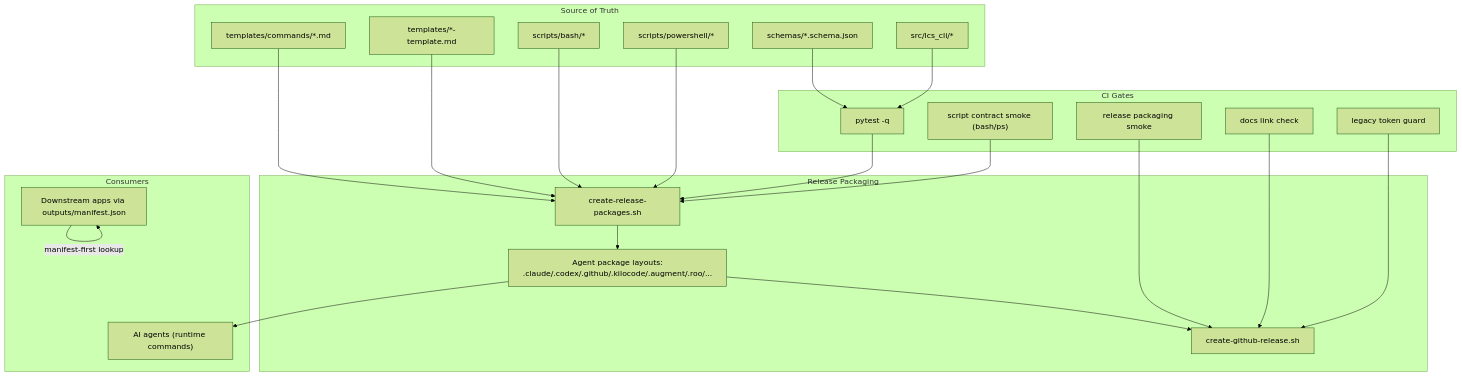
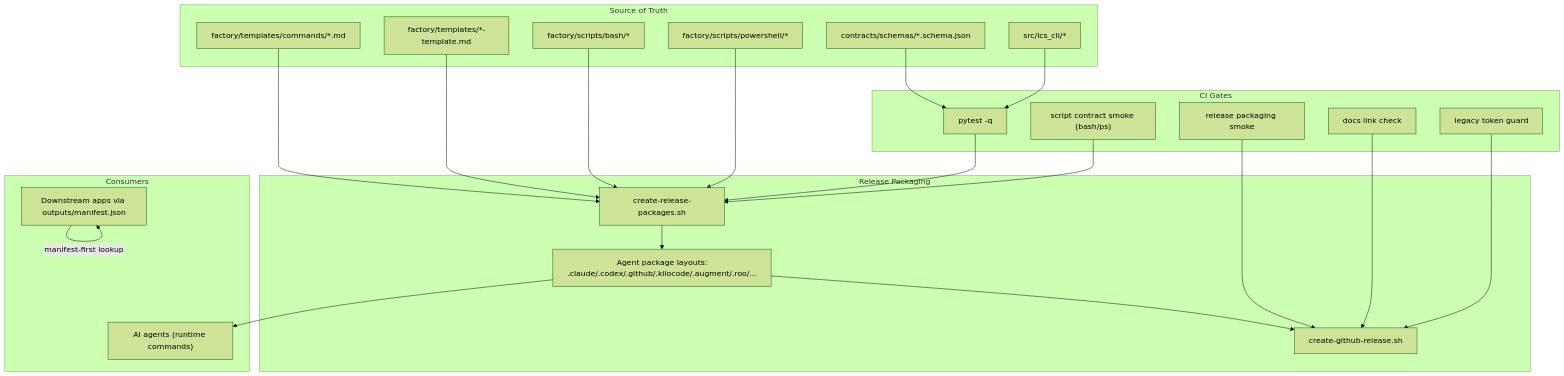
The third of 3 diagrams in docs/system/architect/lcs-learning-content-system-detailed-diagram.md (maemreyo/learning-content-specifier), drawn with Mermaid (forest theme) before and after one commit. The commit also changed 132 other files, not shown here.

First line of the commit message:
refactor: restructure repository into factory, contracts, and tooling directories

````diff
--- a/docs/system/architect/lcs-learning-content-system-detailed-diagram.md
+++ b/docs/system/architect/lcs-learning-content-system-detailed-diagram.md
@@ -156,48 +156,48 @@
 ```mermaid
 flowchart TB
     subgraph SRC["Source of Truth"]
-        T0["templates/commands/*.md"]
-        T1["templates/*-template.md"]
-        T2["scripts/bash/*"]
-        T3["scripts/powershell/*"]
-        T4["schemas/*.schema.json"]
+        T0["factory/templates/commands/*.md"]
+        T1["factory/templates/*-template.md"]
+        T2["factory/scripts/bash/*"]
+        T3["factory/scripts/powershell/*"]
+        T4["contracts/schemas/*.schema.json"]
         T5["src/lcs_cli/*"]
     end
 
     subgraph CI["CI Gates"]
         CI1["pytest -q"]
         CI2["script contract smoke (bash/ps)"]
         CI3["release packaging smoke"]
         CI4["docs link check"]
         CI5["legacy token guard"]
     end
 
     subgraph REL["Release Packaging"]
         P1["create-release-packages.sh"]
         P2["Agent package layouts:
 .claude/.codex/.github/.kilocode/.augment/.roo/..."]
         P3["create-github-release.sh"]
     end
 
     subgraph CONS["Consumers"]
         C1["AI agents (runtime commands)"]
         C2["Downstream apps via outputs/manifest.json"]
     end
 
     T0 --> P1
     T1 --> P1
     T2 --> P1
     T3 --> P1
     T4 --> CI1
     T5 --> CI1
 
     P1 --> P2 --> P3
     CI1 --> P1
     CI2 --> P1
     CI3 --> P3
     CI4 --> P3
     CI5 --> P3
 
     P2 --> C1
     C2 -->|"manifest-first lookup"| C2
 ```
````
